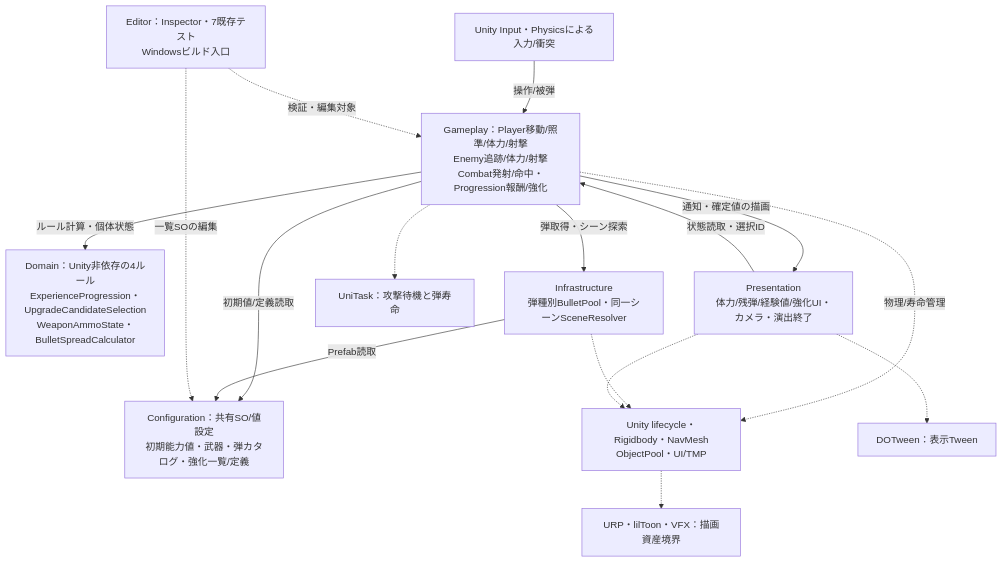
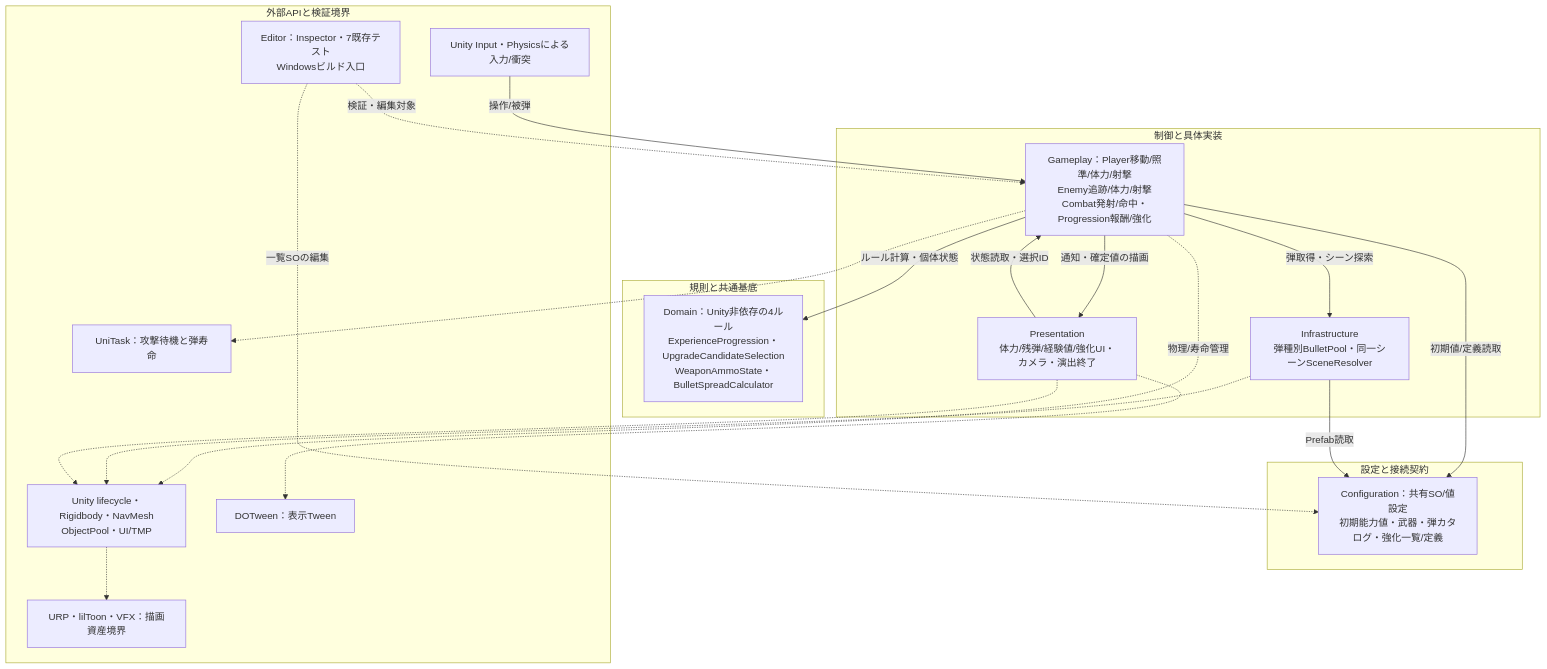
Before and after one commit to AoiTomiyama/kojinProjectFeb3D: the first of 2 diagrams in docs/specs/architecture-diagrams.md, drawn with Mermaid. The commit also changed other lines of this file and 5 other files, not shown here.

Commit message:
[docs] 全設計図に役割配色と責務の囲みを追加

````diff
--- a/docs/specs/architecture-diagrams.md
+++ b/docs/specs/architecture-diagrams.md
@@ -23,29 +36,37 @@
 ```mermaid
 flowchart TB
-    Input[Unity Input・Physicsによる入力/衝突]
-    Game[Gameplay：Player移動/照準/体力/射撃<br/>Enemy追跡/体力/射撃<br/>Combat発射/命中・Progression報酬/強化]
-    Rules[Domain：Unity非依存の4ルール<br/>ExperienceProgression・UpgradeCandidateSelection<br/>WeaponAmmoState・BulletSpreadCalculator]
-    Config[Configuration：共有SO/値設定<br/>初期能力値・武器・弾カタログ・強化一覧/定義]
-    Infra[Infrastructure<br/>弾種別BulletPool・同一シーンSceneResolver]
-    View[Presentation<br/>体力/残弾/経験値/強化UI・カメラ・演出終了]
-    Unity[Unity lifecycle・Rigidbody・NavMesh<br/>ObjectPool・UI/TMP]
-    Async[UniTask：攻撃待機と弾寿命]
-    Tween[DOTween：表示Tween]
-    Render[URP・lilToon・VFX：描画資産境界]
-    Editor[Editor：Inspector・7既存テスト<br/>Windowsビルド入口]
+    subgraph GroupFoundation["規則と共通基底"]
+        Rules[Domain：Unity非依存の4ルール<br/>ExperienceProgression・UpgradeCandidateSelection<br/>WeaponAmmoState・BulletSpreadCalculator]
+    end
+    subgraph GroupImplementation["制御と具体実装"]
+        Game[Gameplay：Player移動/照準/体力/射撃<br/>Enemy追跡/体力/射撃<br/>Combat発射/命中・Progression報酬/強化]
+        Infra[Infrastructure<br/>弾種別BulletPool・同一シーンSceneResolver]
+        View[Presentation<br/>体力/残弾/経験値/強化UI・カメラ・演出終了]
+    end
+    subgraph GroupConnection["設定と接続契約"]
+        Config[Configuration：共有SO/値設定<br/>初期能力値・武器・弾カタログ・強化一覧/定義]
+    end
+    subgraph GroupExternal["外部APIと検証境界"]
+        Input[Unity Input・Physicsによる入力/衝突]
+        Unity[Unity lifecycle・Rigidbody・NavMesh<br/>ObjectPool・UI/TMP]
+        Async[UniTask：攻撃待機と弾寿命]
+        Tween[DOTween：表示Tween]
+        Render[URP・lilToon・VFX：描画資産境界]
+        Editor[Editor：Inspector・7既存テスト<br/>Windowsビルド入口]
+    end
     Input -->|操作/被弾| Game
     Game -->|ルール計算・個体状態| Rules
     Game -->|初期値/定義読取| Config
     Game -->|弾取得・シーン探索| Infra
     Infra -->|Prefab読取| Config
     Game -->|通知・確定値の描画| View
     View -->|状態読取・選択ID| Game
     Game -.->|物理/寿命管理| Unity
     Infra -.-> Unity
     View -.-> Unity
     Game -.-> Async
     View -.-> Tween
     Unity -.-> Render
     Editor -.->|検証・編集対象| Game
     Editor -.->|一覧SOの編集| Config
 ```
````
